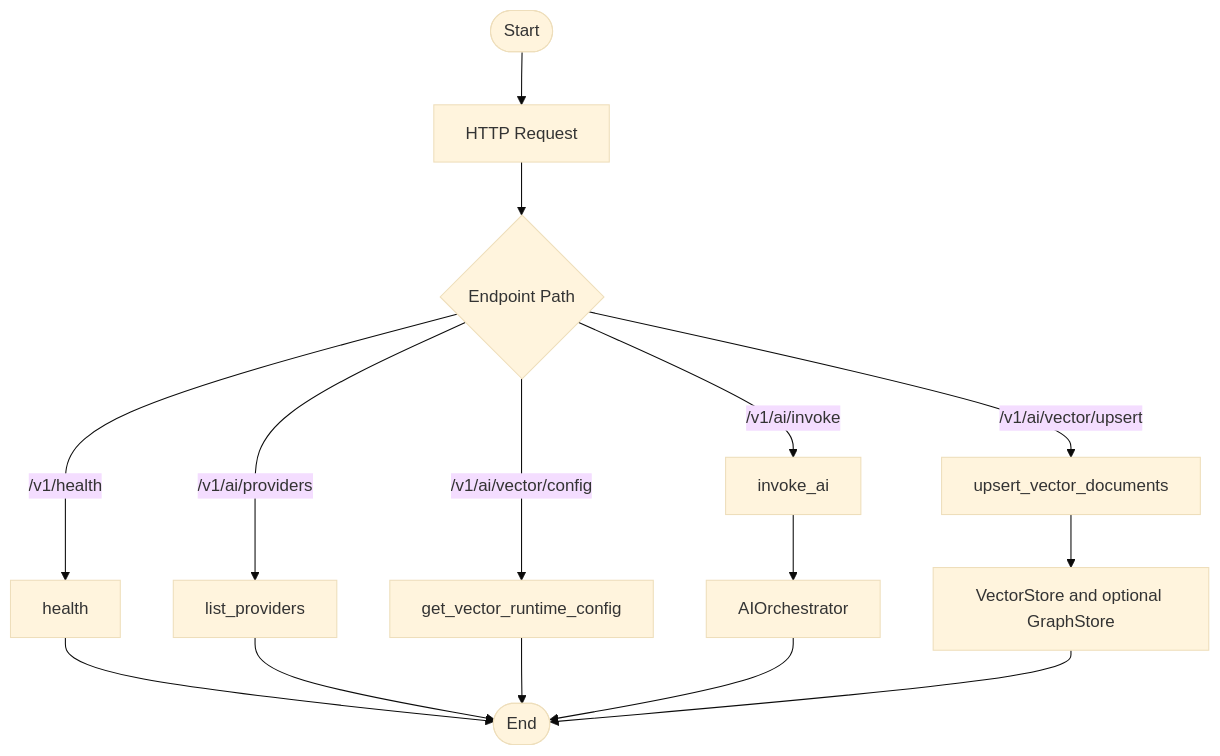
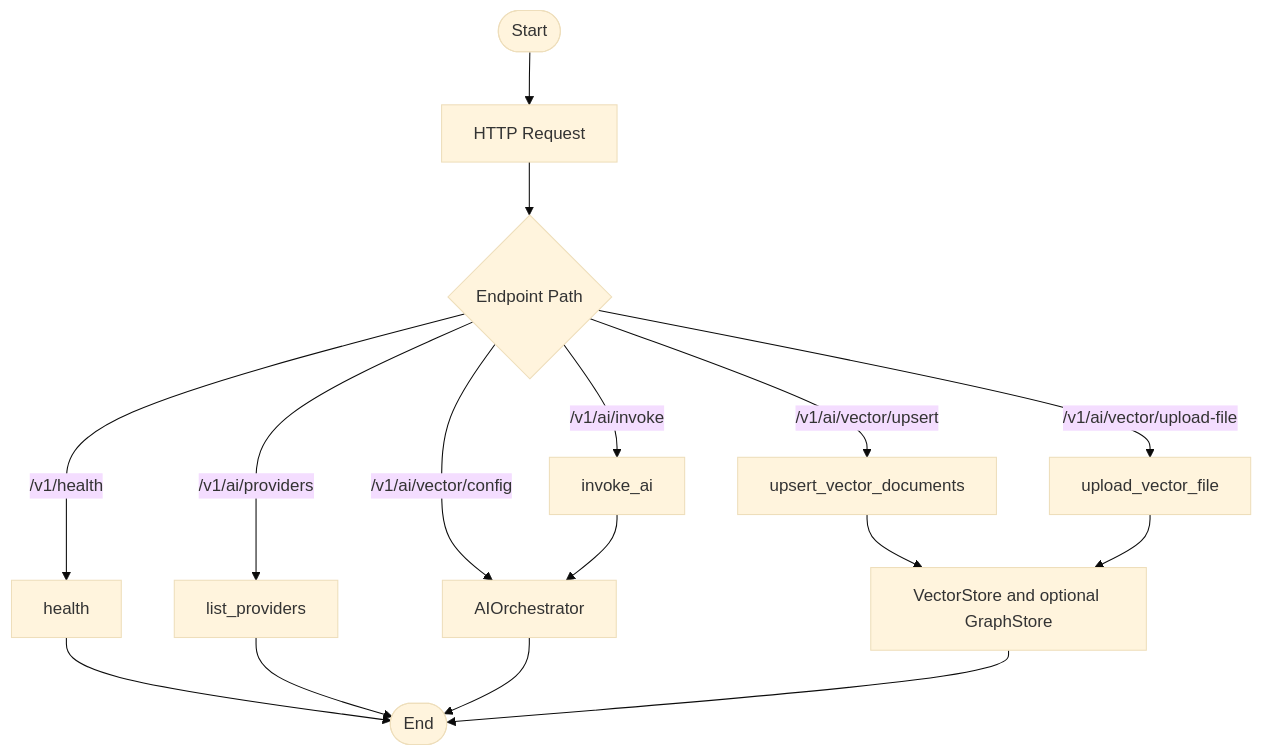
One commit to bvvinai/python_langGraph_module changed the diagram in app/api/v1/endpoints/README.md. Above: the diagram before and after it, drawn with Mermaid (base theme). The commit also changed other lines of this file and 6 other files, not shown here.

````diff
--- a/app/api/v1/endpoints/README.md
+++ b/app/api/v1/endpoints/README.md
@@ -7,17 +7,18 @@
 ```mermaid
 flowchart TD
   S([Start]) --> A[HTTP Request]
   A --> B{Endpoint Path}
   B -->|/v1/health| C[health]
   B -->|/v1/ai/providers| D[list_providers]
   B -->|/v1/ai/invoke| E[invoke_ai]
   B -->|/v1/ai/vector/upsert| F[upsert_vector_documents]
-  B -->|/v1/ai/vector/config| G[get_vector_runtime_config]
+  B -->|/v1/ai/vector/upload-file| G[upload_vector_file]
+  B -->|/v1/ai/vector/config| H[get_vector_runtime_config]
   E --> H[AIOrchestrator]
   F --> I[VectorStore and optional GraphStore]
+  G --> I
   C --> Z([End])
   D --> Z
-  G --> Z
   H --> Z
   I --> Z
 ```
````
